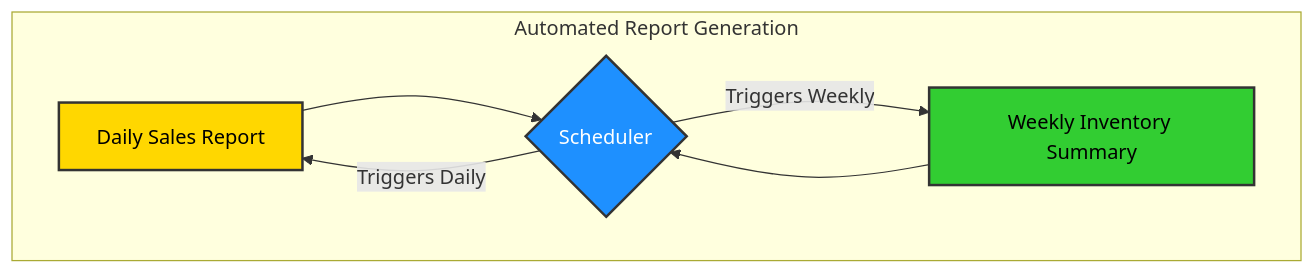
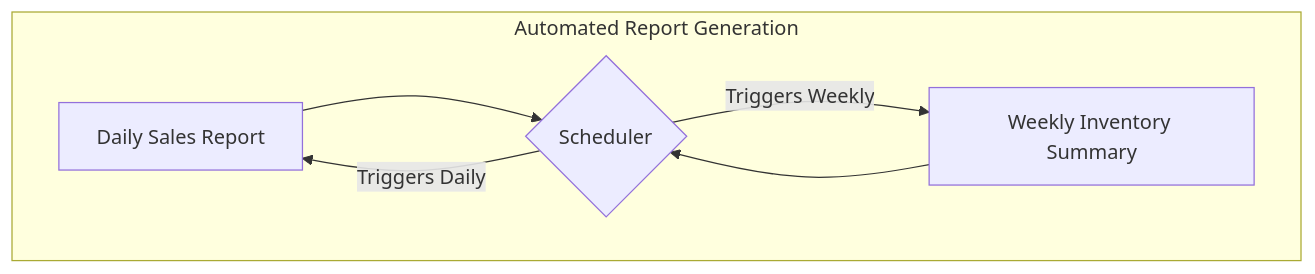
One commit to ikko/kind changed the fourth of 4 diagrams in scheduler/docs/topic_scheduling/index.md. Above: the diagram before and after it, drawn with Mermaid. The commit also changed other lines of this file and 99 other files, not shown here.

````diff
--- a/scheduler/docs/topic_scheduling/index.md
+++ b/scheduler/docs/topic_scheduling/index.md
@@ -145,12 +130,9 @@
 ```mermaid
 graph TD
     subgraph "Automated Report Generation"
         A[Daily Sales Report] --> B{Scheduler};
         B -- "Triggers Daily" --> A;
         C[Weekly Inventory Summary] --> B;
         B -- "Triggers Weekly" --> C;
     end
-    style A fill:#FFD700,stroke:#333,stroke-width:2px,color:#000000;
-    style B fill:#1E90FF,stroke:#333,stroke-width:2px,color:#FFFFFF;
-    style C fill:#32CD32,stroke:#333,stroke-width:2px,color:#000000;
 ```
````
